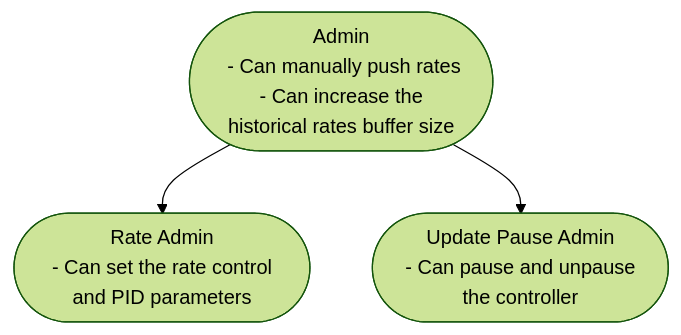
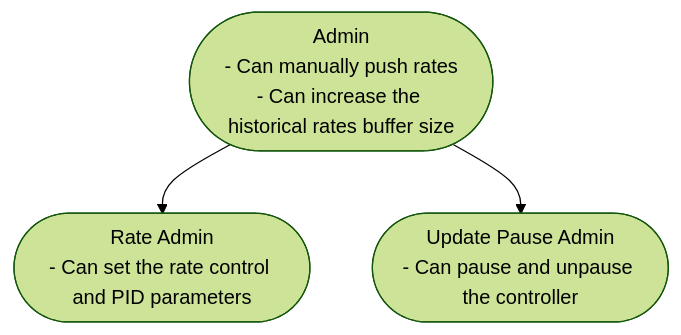
The second of 3 diagrams in content/prudentia/controllers/pid-controller.mdx (adrastia-oracle/adrastia-docs), drawn with Mermaid (forest theme) before and after one commit. The commit also changed other lines of this file, not shown here.

Commit message:
Fix lists in Mermaid diagrams

````diff
--- a/content/prudentia/controllers/pid-controller.mdx
+++ b/content/prudentia/controllers/pid-controller.mdx
@@ -94,6 +94,6 @@
 ```mermaid
 flowchart TB
-    A(["Admin\n - Can manually push rates\n - Can increase the historical rates buffer size"])
-    A --> B(["Rate Admin\n - Can set the rate control and PID parameters"])
-    A --> C(["Update Pause Admin\n - Can pause and unpause the controller"])
+    A(["Admin<br>- Can manually push rates<br>- Can increase the historical rates buffer size"])
+    A --> B(["Rate Admin<br>- Can set the rate control and PID parameters"])
+    A --> C(["Update Pause Admin<br>- Can pause and unpause the controller"])
 ```
````
